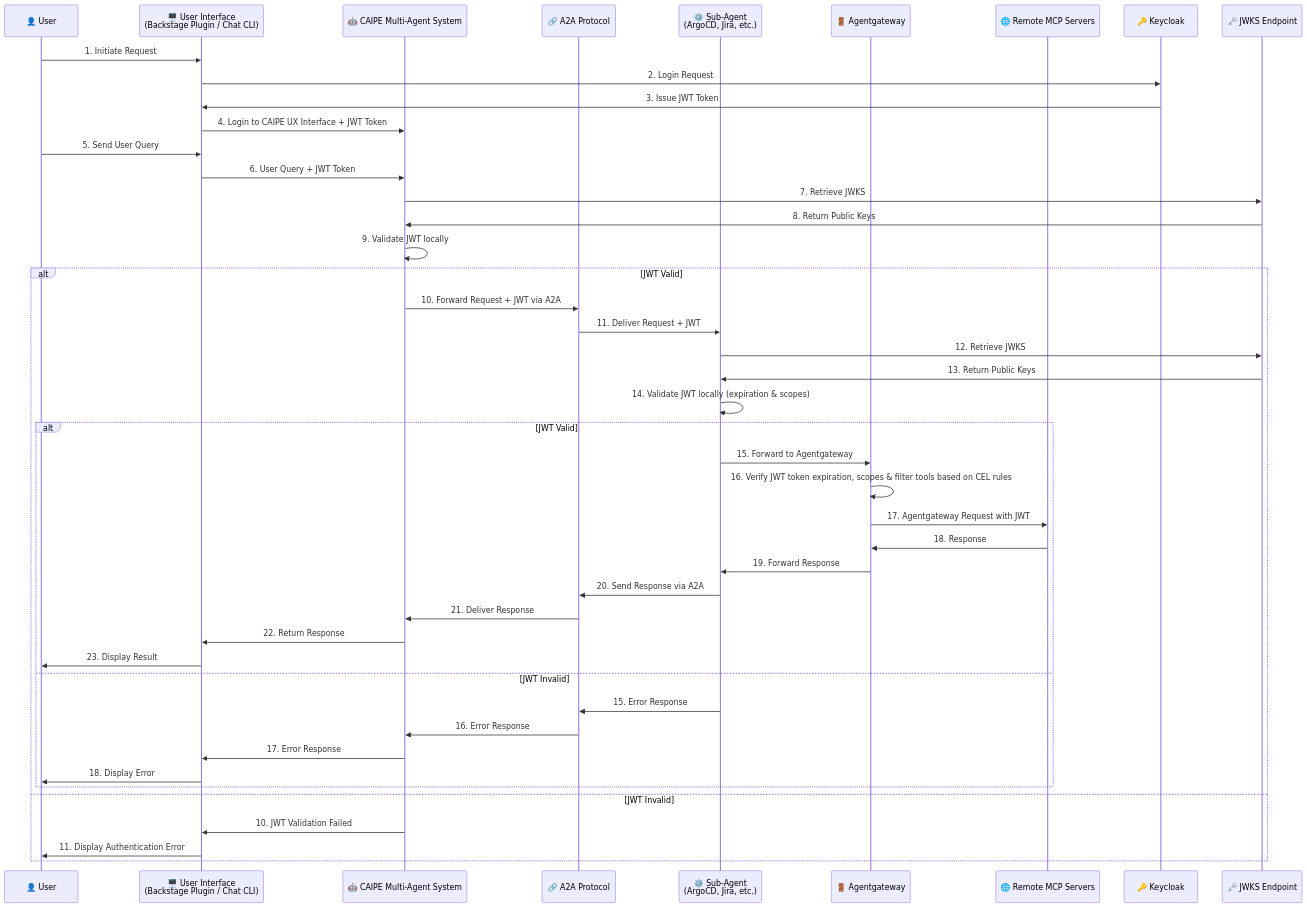
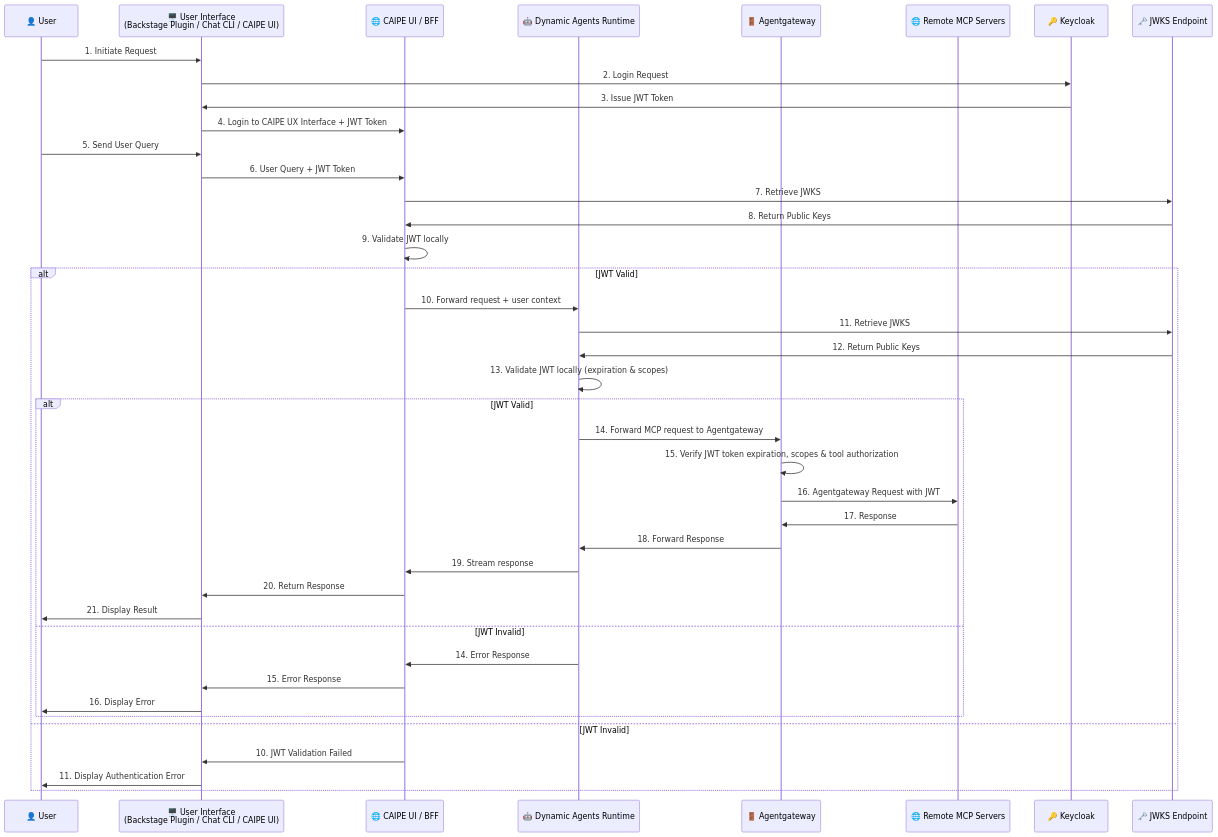
One commit to cnoe-io/ai-platform-engineering changed the third of 3 diagrams in docs/docs/architecture/gateway.md. Above: the diagram before and after it, drawn with Mermaid. The commit also changed other lines of this file and 252 other files, not shown here.

````diff
--- a/docs/docs/architecture/gateway.md
+++ b/docs/docs/architecture/gateway.md
@@ -137,63 +138,59 @@
 ```mermaid
 sequenceDiagram
     participant U as 👤 User
-    participant UI as 🖥️ User Interface<br/>(Backstage Plugin / Chat CLI)
-    participant CAIPE as 🤖 CAIPE Multi-Agent System
-    participant A2A as 🔗 A2A Protocol
-    participant SA as ⚙️ Sub-Agent<br/>(ArgoCD, Jira, etc.)
+    participant UI as 🖥️ User Interface<br/>(Backstage Plugin / Chat CLI / CAIPE UI)
+    participant BFF as 🌐 CAIPE UI / BFF
+    participant DA as 🤖 Dynamic Agents Runtime
     participant MP as 🚪 Agentgateway
     participant MCP as 🌐 Remote MCP Servers
     participant K as 🔑 Keycloak
     participant JWKS as 🗝️ JWKS Endpoint
 
     %% User initiates request
     U->>UI: 1. Initiate Request
 
     %% Authentication Phase
     UI->>K: 2. Login Request
     K->>UI: 3. Issue JWT Token
 
     %% Login to CAIPE UX Interface
-    UI->>CAIPE: 4. Login to CAIPE UX Interface + JWT Token
+    UI->>BFF: 4. Login to CAIPE UX Interface + JWT Token
 
     %% User sends query
     U->>UI: 5. Send User Query
 
-    %% CAIPE Multi-Agent Flow
-    UI->>CAIPE: 6. User Query + JWT Token
-    CAIPE->>JWKS: 7. Retrieve JWKS
-    JWKS->>CAIPE: 8. Return Public Keys
-    CAIPE->>CAIPE: 9. Validate JWT locally
+    %% CAIPE Runtime Flow
+    UI->>BFF: 6. User Query + JWT Token
+    BFF->>JWKS: 7. Retrieve JWKS
+    JWKS->>BFF: 8. Return Public Keys
+    BFF->>BFF: 9. Validate JWT locally
 
     alt JWT Valid
-        CAIPE->>A2A: 10. Forward Request + JWT via A2A
-        A2A->>SA: 11. Deliver Request + JWT
+        BFF->>DA: 10. Forward request + user context
 
-        %% Sub-Agent Processing
-        SA->>JWKS: 12. Retrieve JWKS
-        JWKS->>SA: 13. Return Public Keys
-        SA->>SA: 14. Validate JWT locally (expiration & scopes)
+        %% Dynamic Agents Processing
+        DA->>JWKS: 11. Retrieve JWKS
+        JWKS->>DA: 12. Return Public Keys
+        DA->>DA: 13. Validate JWT locally (expiration & scopes)
 
         alt JWT Valid
-            SA->>MP: 15. Forward to Agentgateway
+            DA->>MP: 14. Forward MCP request to Agentgateway
 
             %% Agentgateway Processing
-            MP->>MP: 16. Verify JWT token expiration, scopes & filter tools based on CEL rules
-            MP->>MCP: 17. Agentgateway Request with JWT
-            MCP->>MP: 18. Response
-            MP->>SA: 19. Forward Response
-            SA->>A2A: 20. Send Response via A2A
-            A2A->>CAIPE: 21. Deliver Response
-            CAIPE->>UI: 22. Return Response
-            UI->>U: 23. Display Result
+            MP->>MP: 15. Verify JWT token expiration, scopes & tool authorization
+            MP->>MCP: 16. Agentgateway Request with JWT
+            MCP->>MP: 17. Response
+            MP->>DA: 18. Forward Response
+            DA->>BFF: 19. Stream response
+            BFF->>UI: 20. Return Response
+            UI->>U: 21. Display Result
         else JWT Invalid
-            SA->>A2A: 15. Error Response
-            A2A->>CAIPE: 16. Error Response
-            CAIPE->>UI: 17. Error Response
-            UI->>U: 18. Display Error
+            DA->>BFF: 14. Error Response
+            BFF->>UI: 15. Error Response
+            UI->>U: 16. Display Error
         end
     else JWT Invalid
-        CAIPE->>UI: 10. JWT Validation Failed
+        BFF->>UI: 10. JWT Validation Failed
         UI->>U: 11. Display Authentication Error
     end
 ```
````
